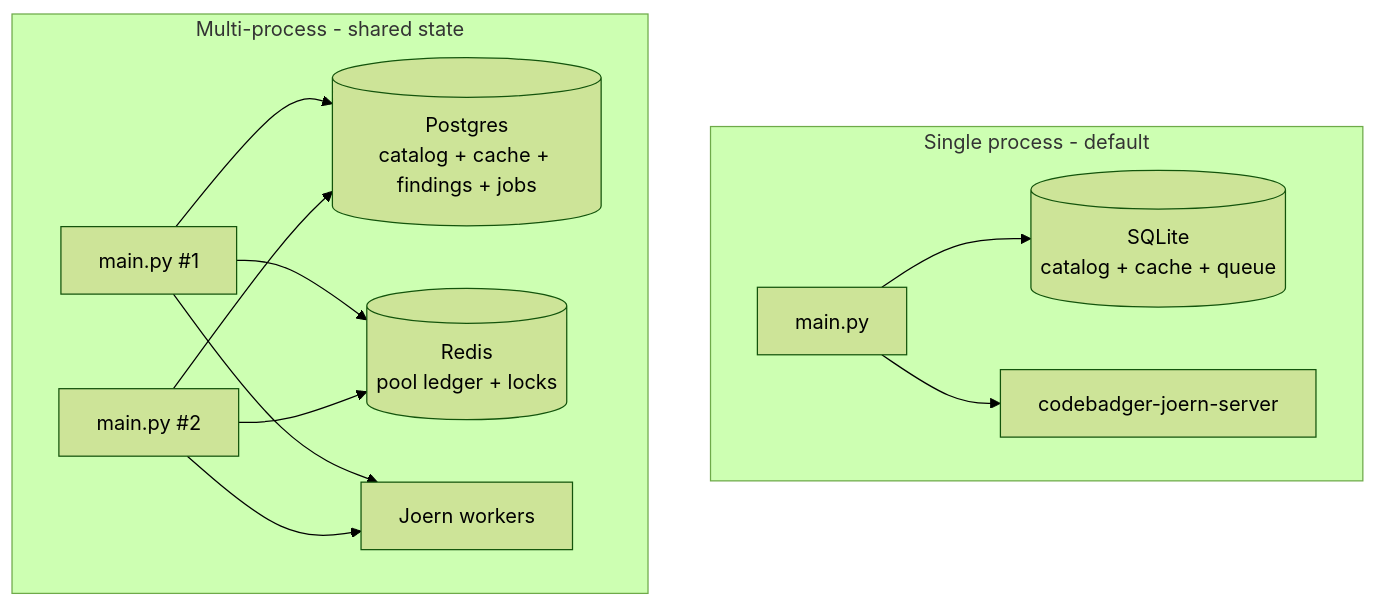
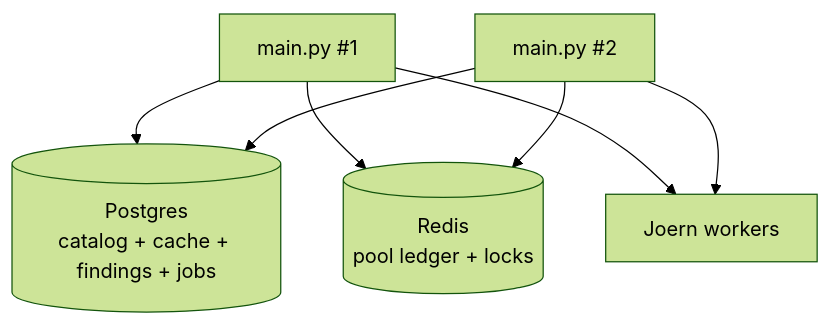
One commit to Lekssays/codebadger changed the first of 2 diagrams in docs/deployment.md. Above: the diagram before and after it, drawn with Mermaid (forest theme). The commit also changed other lines of this file and 24 other files, not shown here.

````diff
--- a/docs/deployment.md
+++ b/docs/deployment.md
@@ -5,15 +5,9 @@
 ```mermaid
 flowchart TB
-    subgraph single[Single process - default]
-        M1[main.py] --> S1[(SQLite<br/>catalog + cache + queue)]
-        M1 --> J1[codebadger-joern-server]
-    end
-    subgraph multi[Multi-process - shared state]
-        M2[main.py #1] --> PG[(Postgres<br/>catalog + cache + findings + jobs)]
-        M3[main.py #2] --> PG
-        M2 --> R[(Redis<br/>pool ledger + locks)]
-        M3 --> R
-        M2 --> W[Joern workers]
-        M3 --> W
-    end
+    M2[main.py #1] --> PG[(Postgres<br/>catalog + cache + findings + jobs)]
+    M3[main.py #2] --> PG
+    M2 --> R[(Redis<br/>pool ledger + locks)]
+    M3 --> R
+    M2 --> W[Joern workers]
+    M3 --> W
 ```
````
